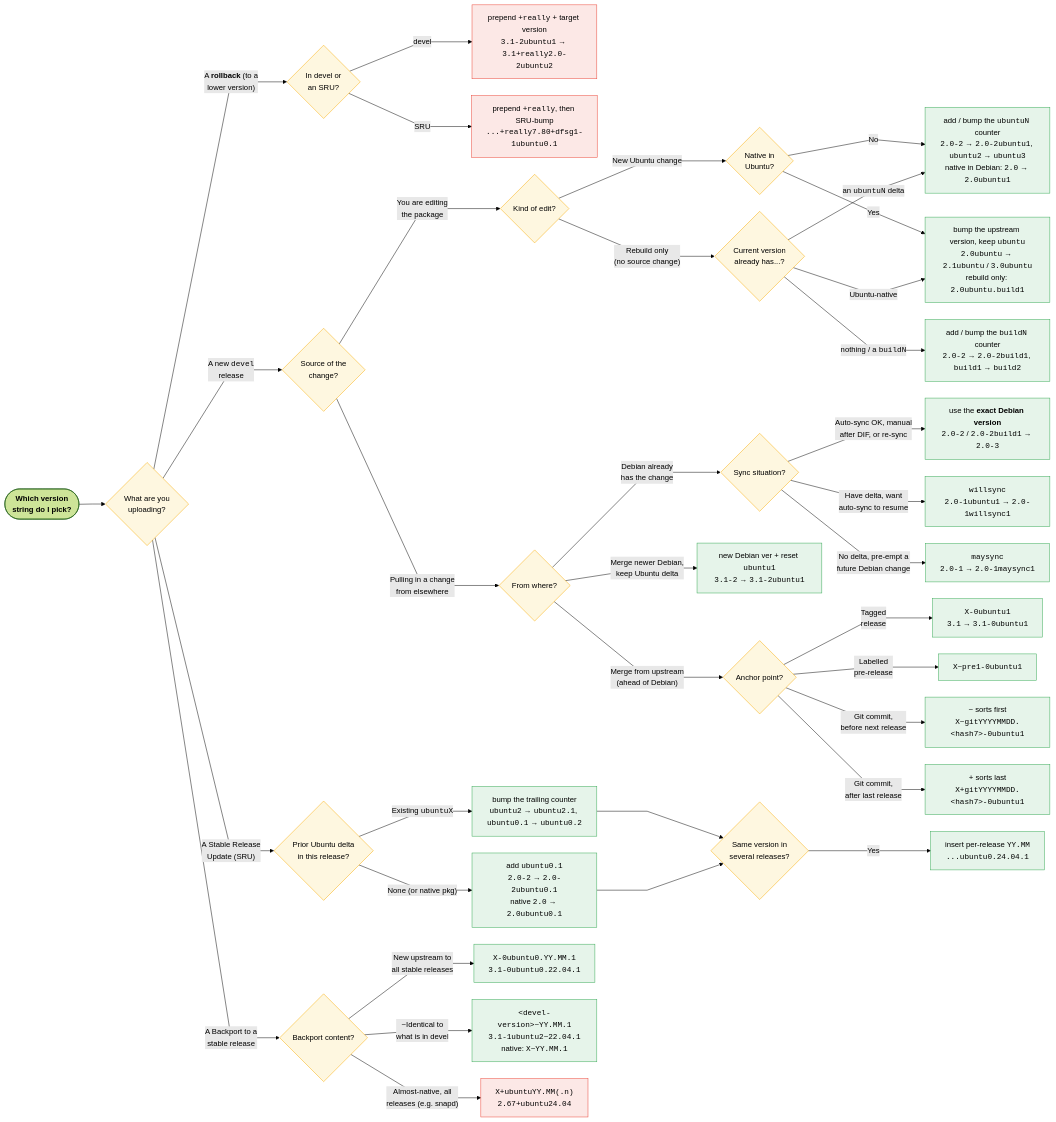
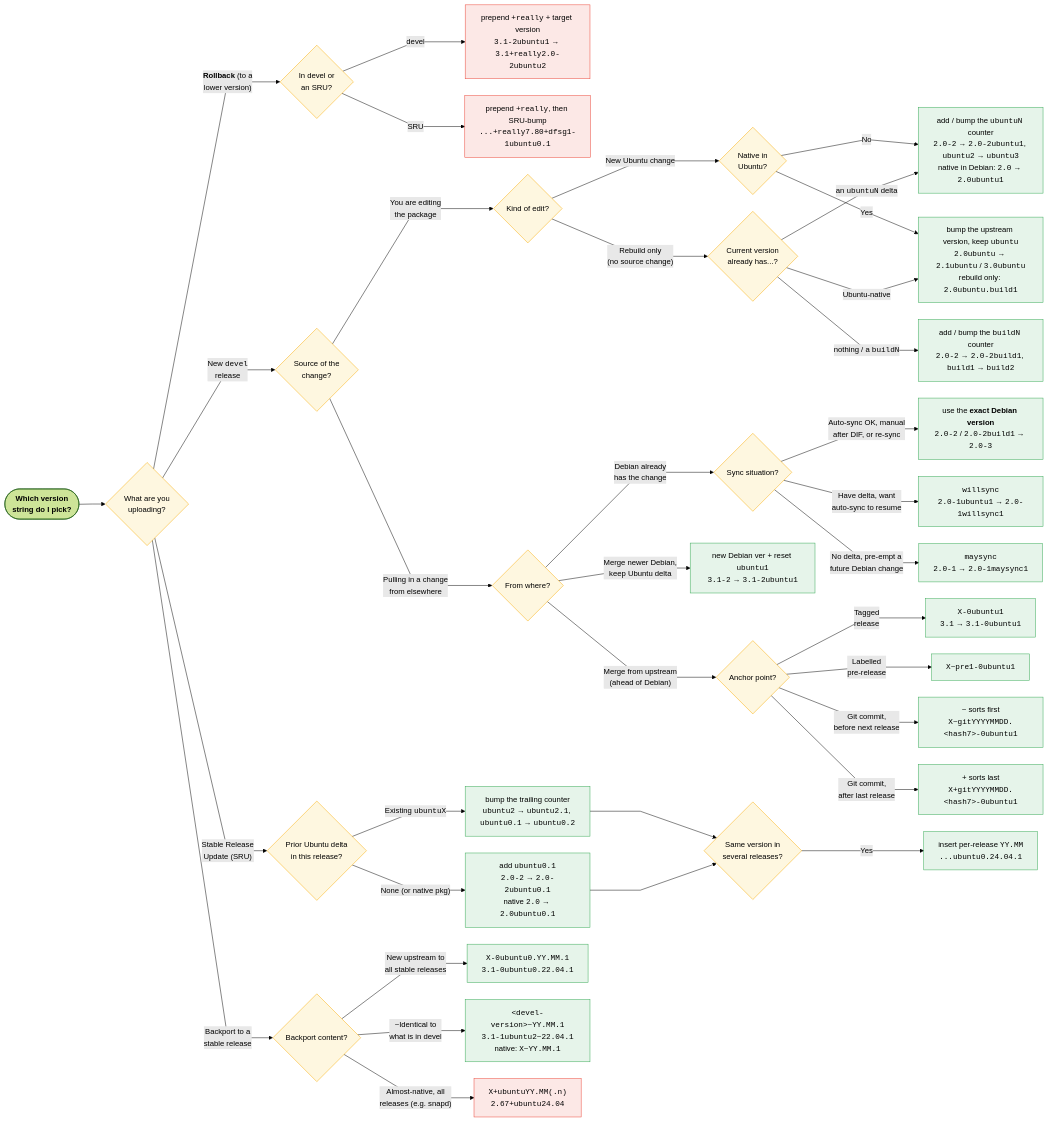
One commit to ubuntu/ubuntu-project-docs changed the diagram in docs/how-ubuntu-is-made/concepts/version-strings.md. Above: the diagram before and after it, drawn with Mermaid (forest theme). The commit also changed other lines of this file and 1 other file, not shown here.

````diff
--- a/docs/how-ubuntu-is-made/concepts/version-strings.md
+++ b/docs/how-ubuntu-is-made/concepts/version-strings.md
@@ -613,61 +617,61 @@
 ```{mermaid}
 %% mermaid flowcharts documentation: https://mermaid.js.org/syntax/flowchart.html
 %%{ init: { "flowchart": { "curve": "linear", "nodeSpacing": 35, "rankSpacing": 55, "htmlLabels": true } } }%%
 flowchart LR
     classDef leaf fill:#E6F4EA,stroke:#34A853,color:#000
     classDef q fill:#FEF7E0,stroke:#F9AB00,color:#000
     classDef special fill:#FCE8E6,stroke:#EA4335,color:#000
 
     Start(["<b>Which version<br>string do I pick?</b>"])
     Start --> QWhat{"What are you<br>uploading?"}:::q
 
-    QWhat -->|"A new <code>devel</code><br>release"| QDev{"Source of the<br>change?"}:::q
-    QWhat -->|"A Stable Release<br>Update (SRU)"| QSru{"Prior Ubuntu delta<br>in this release?"}:::q
-    QWhat -->|"A Backport to a<br>stable release"| QBack{"Backport content?"}:::q
-    QWhat -->|"A <b>rollback</b> (to a<br>lower version)"| QRollW{"In devel or<br>an SRU?"}:::q
+    QWhat -->|"New <code>devel</code><br>release"| QDev{"Source of the<br>change?"}:::q
+    QWhat -->|"Stable Release<br>Update (SRU)"| QSru{"Prior Ubuntu delta<br>in this release?"}:::q
+    QWhat -->|"Backport to a<br>stable release"| QBack{"Backport content?"}:::q
+    QWhat -->|"<b>Rollback</b> (to a<br>lower version)"| QRollW{"In devel or<br>an SRU?"}:::q
 
     %% ---- Rollback ----
     QRollW -->|"devel"| Rdev["prepend <code>+really</code> + target version<br><code>3.1-2ubuntu1</code> &rarr; <code>3.1+really2.0-2ubuntu2</code>"]:::special
     QRollW -->|"SRU"| Rsru["prepend <code>+really</code>, then SRU-bump<br><code>...+really7.80+dfsg1-1ubuntu0.1</code>"]:::special
 
     %% ---- Development release ----
     QDev -->|"You are editing<br>the package"| QEdit{"Kind of edit?"}:::q
     QDev -->|"Pulling in a change<br>from elsewhere"| QPull{"From where?"}:::q
 
     QEdit -->|"New Ubuntu change"| QOwnNat{"Native in<br>Ubuntu?"}:::q
     QEdit -->|"Rebuild only<br>(no source change)"| QReb{"Current version<br>already has...?"}:::q
     QOwnNat -->|"No"| Lubun
     QOwnNat -->|"Yes"| Lnatubu
     QReb -->|"an <code>ubuntuN</code> delta"| Lubun
     QReb -->|"nothing / a <code>buildN</code>"| Lbuild
     QReb -->|"Ubuntu-native"| Lnatubu
 
     QPull -->|"Debian already<br>has the change"| QSync{"Sync situation?"}:::q
     QPull -->|"Merge newer Debian,<br>keep Ubuntu delta"| Lmerge["new Debian ver + reset <code>ubuntu1</code><br><code>3.1-2</code> &rarr; <code>3.1-2ubuntu1</code>"]:::leaf
     QPull -->|"Merge from upstream<br>(ahead of Debian)"| QAnchor{"Anchor point?"}:::q
 
     Lubun["add / bump the <code>ubuntuN</code> counter<br><code>2.0-2</code> &rarr; <code>2.0-2ubuntu1</code>, <code>ubuntu2</code> &rarr; <code>ubuntu3</code><br>native in Debian: <code>2.0</code> &rarr; <code>2.0ubuntu1</code>"]:::leaf
     Lbuild["add / bump the <code>buildN</code> counter<br><code>2.0-2</code> &rarr; <code>2.0-2build1</code>, <code>build1</code> &rarr; <code>build2</code>"]:::leaf
     Lnatubu["bump the upstream version, keep <code>ubuntu</code><br><code>2.0ubuntu</code> &rarr; <code>2.1ubuntu</code> / <code>3.0ubuntu</code><br>rebuild only: <code>2.0ubuntu.build1</code>"]:::leaf
 
     QSync -->|"Auto-sync OK, manual<br>after DIF, or re-sync"| Lsync["use the <b>exact Debian version</b><br><code>2.0-2</code> / <code>2.0-2build1</code> &rarr; <code>2.0-3</code>"]:::leaf
     QSync -->|"Have delta, want<br>auto-sync to resume"| Lwill["<code>willsync</code><br><code>2.0-1ubuntu1</code> &rarr; <code>2.0-1willsync1</code>"]:::leaf
     QSync -->|"No delta, pre-empt a<br>future Debian change"| Lmay["<code>maysync</code><br><code>2.0-1</code> &rarr; <code>2.0-1maysync1</code>"]:::leaf
 
     QAnchor -->|"Tagged<br>release"| Luprel["<code>X-0ubuntu1</code><br><code>3.1</code> &rarr; <code>3.1-0ubuntu1</code>"]:::leaf
     QAnchor -->|"Labelled<br>pre-release"| Luppre["<code>X~pre1-0ubuntu1</code>"]:::leaf
     QAnchor -->|"Git commit,<br>before next release"| Lgitpre["<code>~</code> sorts first<br><code>X~gitYYYYMMDD.&lt;hash7&gt;-0ubuntu1</code>"]:::leaf
     QAnchor -->|"Git commit,<br>after last release"| Lgitpost["<code>+</code> sorts last<br><code>X+gitYYYYMMDD.&lt;hash7&gt;-0ubuntu1</code>"]:::leaf
 
     %% ---- SRU ----
     QSru -->|"Existing <code>ubuntuX</code>"| Lsrubump["bump the trailing counter<br><code>ubuntu2</code> &rarr; <code>ubuntu2.1</code>, <code>ubuntu0.1</code> &rarr; <code>ubuntu0.2</code>"]:::leaf
     QSru -->|"None (or native pkg)"| Lsru0["add <code>ubuntu0.1</code><br><code>2.0-2</code> &rarr; <code>2.0-2ubuntu0.1</code><br>native <code>2.0</code> &rarr; <code>2.0ubuntu0.1</code>"]:::leaf
     Lsrubump --> QSruMulti{"Same version in<br>several releases?"}:::q
     Lsru0 --> QSruMulti
     QSruMulti -->|"Yes"| Lsrumulti["insert per-release <code>YY.MM</code><br><code>...ubuntu0.24.04.1</code>"]:::leaf
 
     %% ---- Backport ----
     QBack -->|"New upstream to<br>all stable releases"| Lbackup["<code>X-0ubuntu0.YY.MM.1</code><br><code>3.1-0ubuntu0.22.04.1</code>"]:::leaf
     QBack -->|"~Identical to<br>what is in devel"| Lbackdev["<code>&lt;devel-version&gt;~YY.MM.1</code><br><code>3.1-1ubuntu2~22.04.1</code><br>native: <code>X~YY.MM.1</code>"]:::leaf
     QBack -->|"Almost-native, all<br>releases (e.g. snapd)"| Lalmost["<code>X+ubuntuYY.MM(.n)</code><br><code>2.67+ubuntu24.04</code>"]:::special
 ```
````
